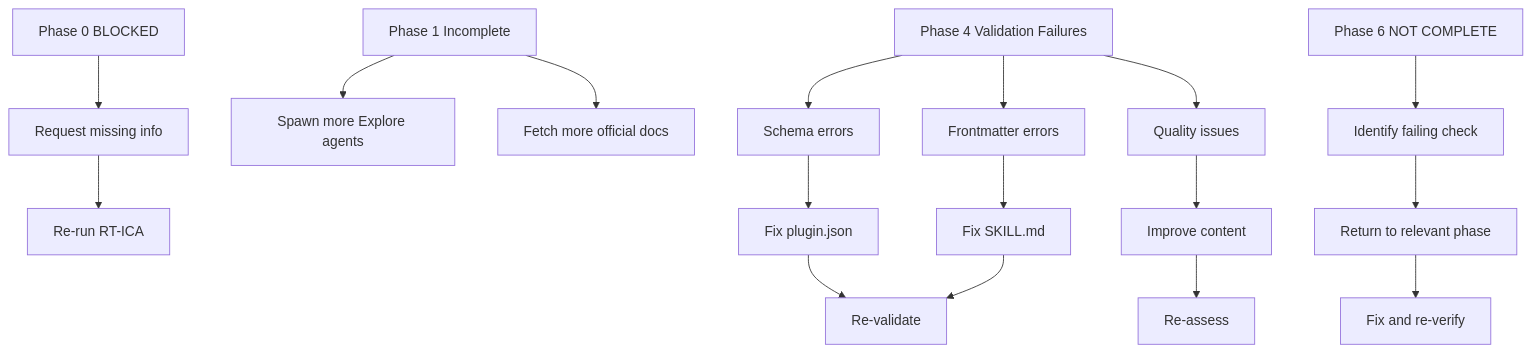
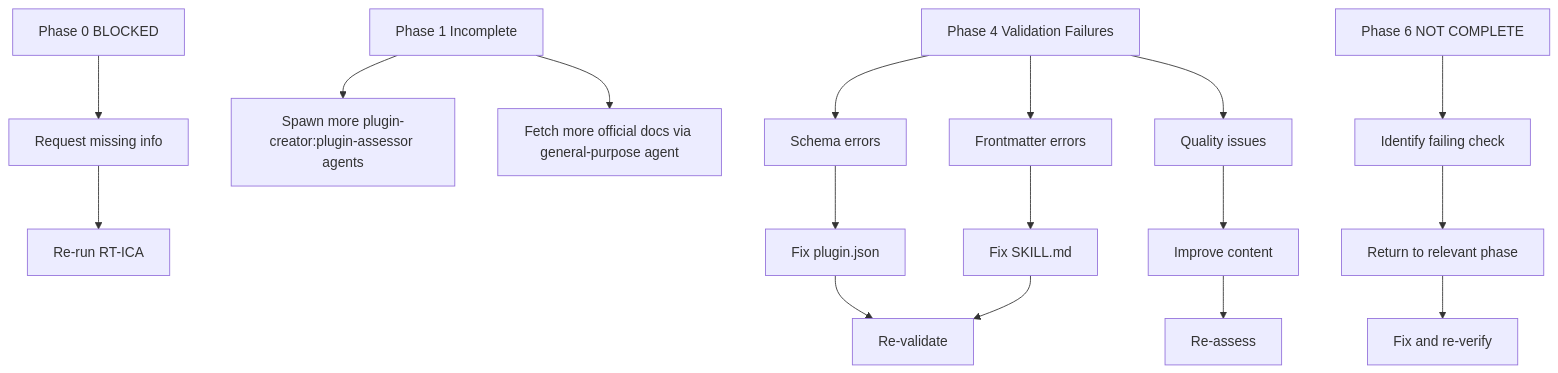
Before and after one commit to chgreer1070/claude_skills: diagram 11 of 11 in plugins/plugin-creator/skills/plugin-creator/references/workflow-diagram.md, drawn with Mermaid. The commit also changed other lines of this file and 37 other files, not shown here.

````diff
--- a/plugins/plugin-creator/skills/plugin-creator/references/workflow-diagram.md
+++ b/plugins/plugin-creator/skills/plugin-creator/references/workflow-diagram.md
@@ -244,19 +244,19 @@
 ```mermaid
 flowchart TD
     F0[Phase 0 BLOCKED] --> F0R[Request missing info] --> F0A[Re-run RT-ICA]
 
-    F1[Phase 1 Incomplete] --> F1R[Spawn more Explore agents]
-    F1 --> F1B[Fetch more official docs]
+    F1[Phase 1 Incomplete] --> F1R[Spawn more plugin-creator:plugin-assessor agents]
+    F1 --> F1B[Fetch more official docs via general-purpose agent]
 
     F4[Phase 4 Validation Failures] --> F4A[Schema errors] --> F4AF[Fix plugin.json]
     F4 --> F4B[Frontmatter errors] --> F4BF[Fix SKILL.md]
     F4 --> F4C[Quality issues] --> F4CF[Improve content]
 
     F4AF --> REVAL[Re-validate]
     F4BF --> REVAL
     F4CF --> REASSESS[Re-assess]
 
     F6[Phase 6 NOT COMPLETE] --> F6A[Identify failing check]
     F6A --> F6B[Return to relevant phase]
     F6B --> F6C[Fix and re-verify]
 ```
````
